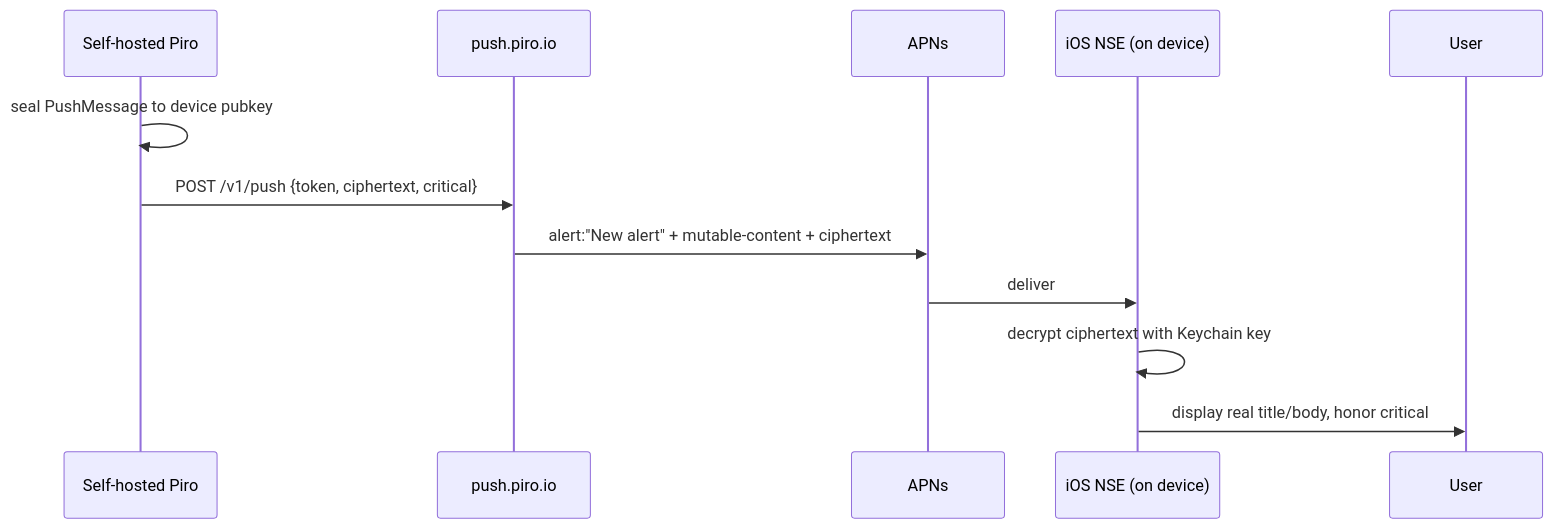
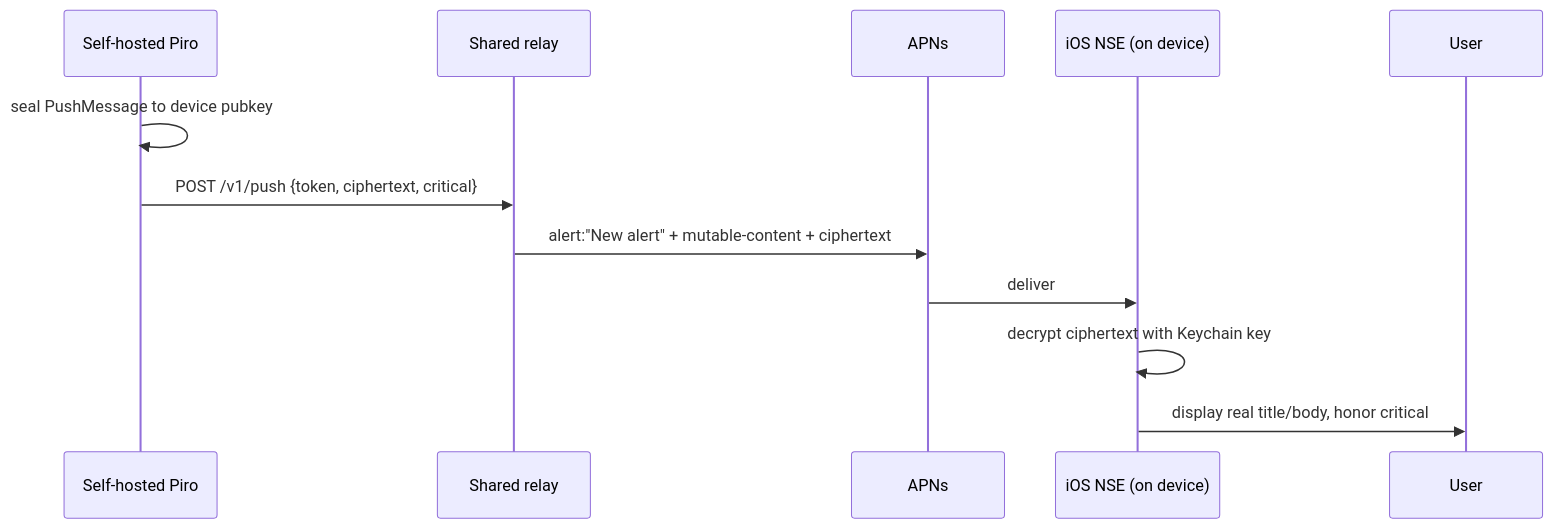
Before and after one commit to Heva-Co/piro: the second of 2 diagrams in docs/rfcs/0017-push-relay-server.md, drawn with Mermaid. The commit also changed other lines of this file and 1 other file, not shown here.

First line of the commit message:
docs(rfc): reframe 0017 as client contract for a shared multi-app relay

````diff
--- a/docs/rfcs/0017-push-relay-server.md
+++ b/docs/rfcs/0017-push-relay-server.md
@@ -157,14 +163,14 @@
 ```mermaid
 sequenceDiagram
   participant S as Self-hosted Piro
-  participant R as push.piro.io
+  participant R as Shared relay
   participant P as APNs
   participant N as iOS NSE (on device)
   participant U as User
   S->>S: seal PushMessage to device pubkey
   S->>R: POST /v1/push {token, ciphertext, critical}
   R->>P: alert:"New alert" + mutable-content + ciphertext
   P->>N: deliver
   N->>N: decrypt ciphertext with Keychain key
   N->>U: display real title/body, honor critical
 ```
````
